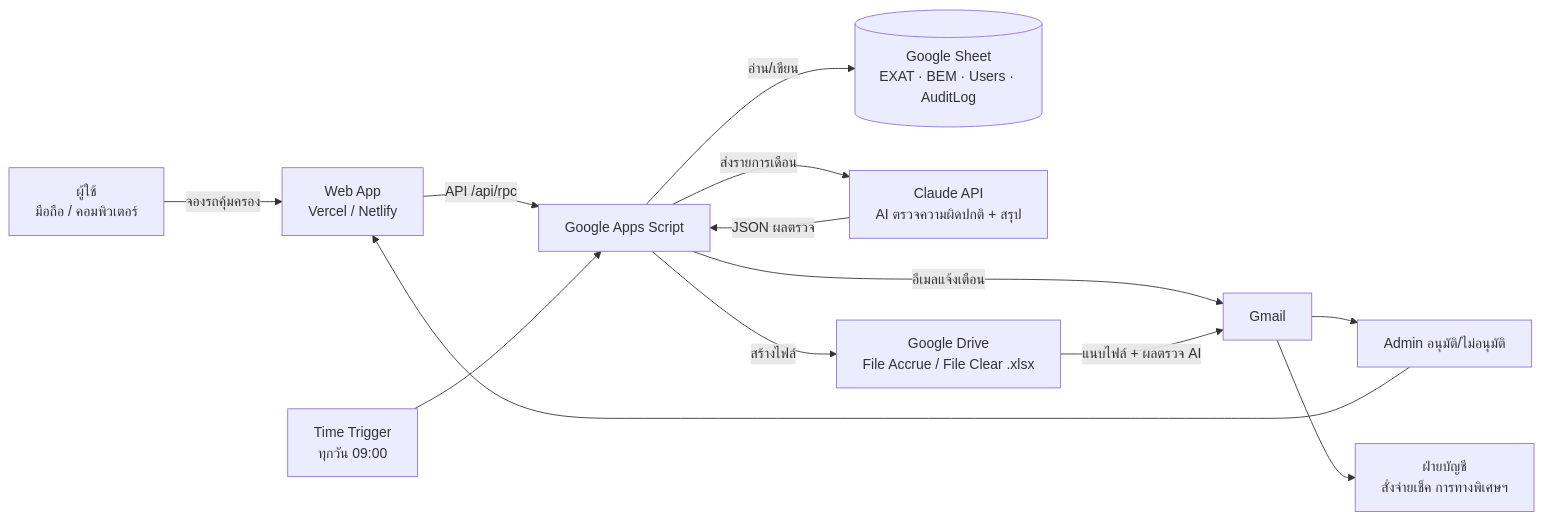
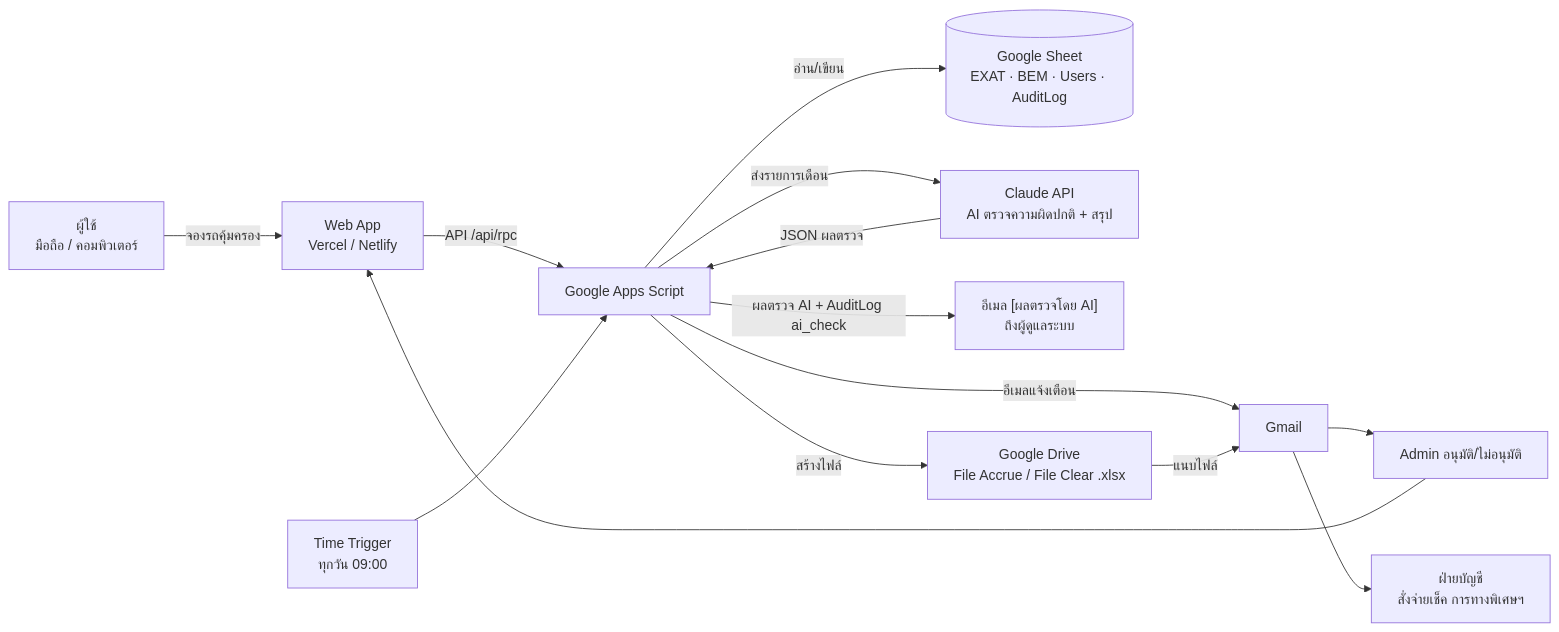
Before and after one commit to thanakorn-ta/protection-fee: the diagram in docs/AI_LITERACY_L4.md, drawn with Mermaid. The commit also changed other lines of this file, not shown here.

````diff
--- a/docs/AI_LITERACY_L4.md
+++ b/docs/AI_LITERACY_L4.md
@@ -26,15 +26,16 @@
 ```mermaid
 flowchart LR
   U[ผู้ใช้<br/>มือถือ / คอมพิวเตอร์] -->|จองรถคุ้มครอง| W[Web App<br/>Vercel / Netlify]
   W -->|API /api/rpc| A[Google Apps Script]
   A -->|อ่าน/เขียน| S[(Google Sheet<br/>EXAT · BEM · Users · AuditLog)]
   A -->|อีเมลแจ้งเตือน| G[Gmail]
   G --> AD[Admin อนุมัติ/ไม่อนุมัติ]
   AD --> W
   T[Time Trigger<br/>ทุกวัน 09:00] --> A
   A -->|ส่งรายการเดือน| C[Claude API<br/>AI ตรวจความผิดปกติ + สรุป]
   C -->|JSON ผลตรวจ| A
+  A -->|ผลตรวจ AI + AuditLog ai_check| AM["อีเมล [ผลตรวจโดย AI]<br/>ถึงผู้ดูแลระบบ"]
   A -->|สร้างไฟล์| D[Google Drive<br/>File Accrue / File Clear .xlsx]
-  D -->|แนบไฟล์ + ผลตรวจ AI| G
+  D -->|แนบไฟล์| G
   G --> F[ฝ่ายบัญชี<br/>สั่งจ่ายเช็ค การทางพิเศษฯ]
 ```
````
